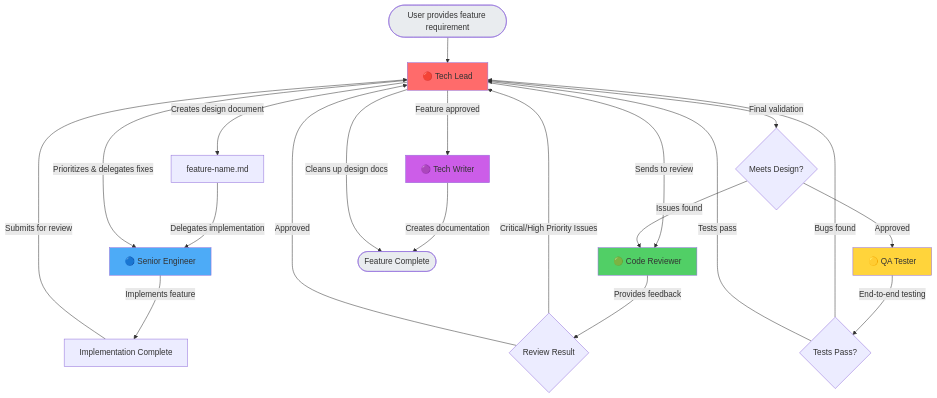
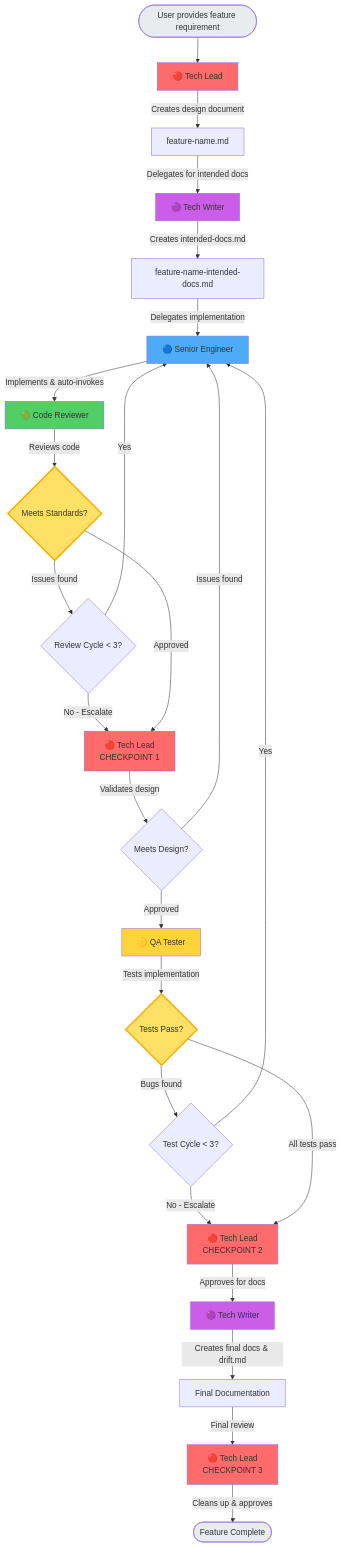
One commit to madole/agentic-team changed the diagram in README.md. Above: the diagram before and after it, drawn with Mermaid. The commit also changed other lines of this file and 7 other files, not shown here.

````diff
--- a/README.md
+++ b/README.md
@@ -59,40 +70,52 @@
 ```mermaid
 flowchart TD
-    Start([User provides feature requirement]) --> TechLead[🔴 Tech Lead]
+    Start([User provides feature requirement]) --> TechLead1[🔴 Tech Lead]
 
-    TechLead --> |Creates design document| Design[feature-name.md]
-    Design --> |Delegates implementation| Engineer[🔵 Senior Engineer]
+    TechLead1 --> |Creates design document| Design[feature-name.md]
+    Design --> |Delegates for intended docs| Writer1[🟣 Tech Writer]
+    Writer1 --> |Creates intended-docs.md| IntendedDocs[feature-name-intended-docs.md]
 
-    Engineer --> |Implements feature| Code[Implementation Complete]
-    Code --> |Submits for review| TechLead
+    IntendedDocs --> |Delegates implementation| Engineer[🔵 Senior Engineer]
 
-    TechLead --> |Sends to review| Reviewer[🟢 Code Reviewer]
+    Engineer --> |Implements & auto-invokes| Reviewer[🟢 Code Reviewer]
 
-    Reviewer --> |Provides feedback| ReviewDecision{Review Result}
+    Reviewer --> |Reviews code| ReviewDecision{Meets Standards?}
+    ReviewDecision --> |Issues found| ReviewCount{Review Cycle < 3?}
+    ReviewCount --> |Yes| Engineer
+    ReviewCount --> |No - Escalate| TechLead2[🔴 Tech Lead<br/>CHECKPOINT 1]
 
-    ReviewDecision --> |Critical/High Priority Issues| TechLead
-    TechLead --> |Prioritizes & delegates fixes| Engineer
+    ReviewDecision --> |Approved| TechLead2
 
-    ReviewDecision --> |Approved| TechLead
-    TechLead --> |Final validation| Validate{Meets Design?}
-
-    Validate --> |Issues found| Reviewer
+    TechLead2 --> |Validates design| Validate{Meets Design?}
+    Validate --> |Issues found| Engineer
     Validate --> |Approved| QA[🟡 QA Tester]
 
-    QA --> |End-to-end testing| QADecision{Tests Pass?}
-    QADecision --> |Bugs found| TechLead
-    QADecision --> |Tests pass| TechLead
+    QA --> |Tests implementation| QADecision{Tests Pass?}
+    QADecision --> |Bugs found| QACount{Test Cycle < 3?}
+    QACount --> |Yes| Engineer
+    QACount --> |No - Escalate| TechLead3[🔴 Tech Lead<br/>CHECKPOINT 2]
 
-    TechLead --> |Feature approved| Writer[🟣 Tech Writer]
-    Writer --> |Creates documentation| Complete([Feature Complete])
+    QADecision --> |All tests pass| TechLead3
 
-    TechLead --> |Cleans up design docs| Complete
+    TechLead3 --> |Approves for docs| Writer2[🟣 Tech Writer]
+    Writer2 --> |Creates final docs & drift.md| FinalDocs[Final Documentation]
 
-    style TechLead fill:#ff6b6b
+    FinalDocs --> |Final review| TechLead4[🔴 Tech Lead<br/>CHECKPOINT 3]
+    TechLead4 --> |Cleans up & approves| Complete([Feature Complete])
+
+    style TechLead1 fill:#ff6b6b
+    style TechLead2 fill:#ff6b6b
+    style TechLead3 fill:#ff6b6b
+    style TechLead4 fill:#ff6b6b
     style Engineer fill:#4dabf7
     style Reviewer fill:#51cf66
     style QA fill:#ffd43b
-    style Writer fill:#cc5de8
+    style Writer1 fill:#cc5de8
+    style Writer2 fill:#cc5de8
     style Start fill:#e9ecef
     style Complete fill:#e9ecef
+
+    %% Highlight autonomous cycles
+    style ReviewDecision fill:#ffe066,stroke:#fab005,stroke-width:3px
+    style QADecision fill:#ffe066,stroke:#fab005,stroke-width:3px
 ```
````
